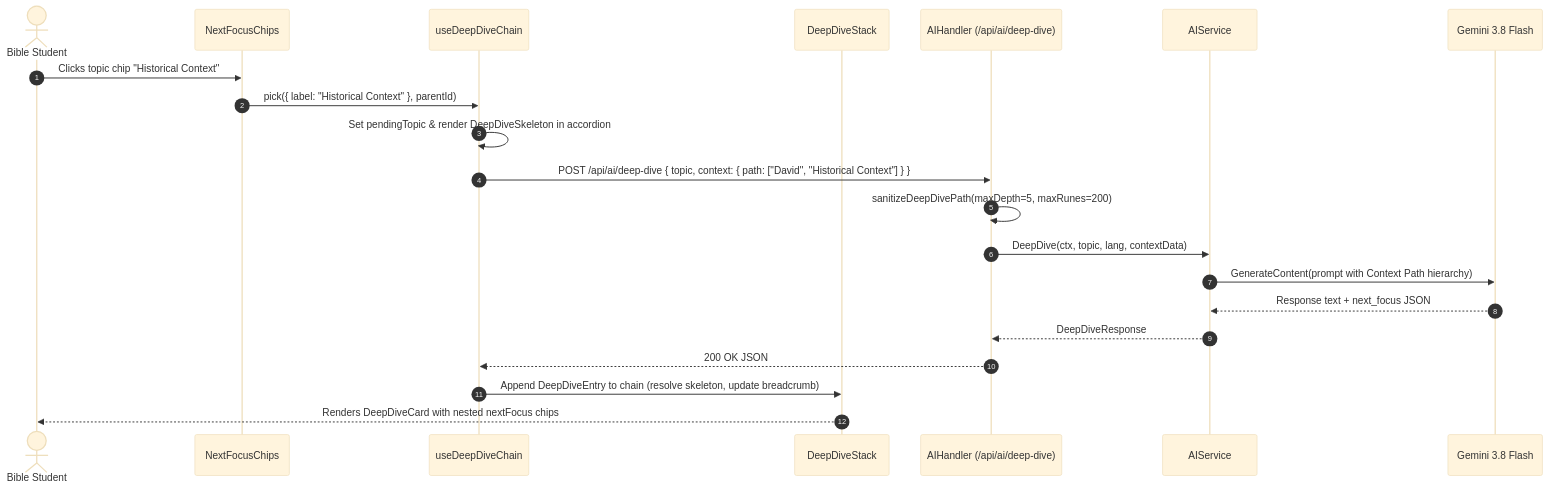
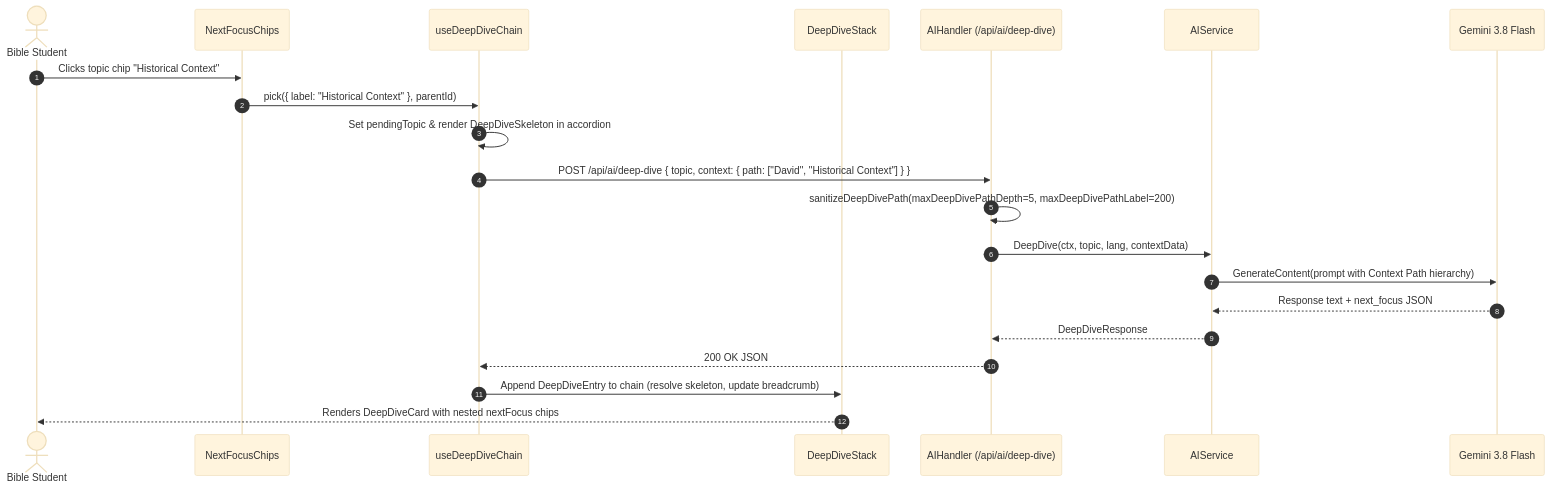
Before and after one commit to mvirtai/clible-v3-go: the first of 2 diagrams in pr_stories/118-feat-ai-deepening-chain-and-pending-feedback.md, drawn with Mermaid (base theme). The commit also changed other lines of this file and 7 other files, not shown here.

````diff
--- a/pr_stories/118-feat-ai-deepening-chain-and-pending-feedback.md
+++ b/pr_stories/118-feat-ai-deepening-chain-and-pending-feedback.md
@@ -37,24 +37,24 @@
 ```mermaid
 sequenceDiagram
     autonumber
     actor User as Bible Student
     participant Chips as NextFocusChips
     participant Hook as useDeepDiveChain
     participant Stack as DeepDiveStack
     participant API as AIHandler (/api/ai/deep-dive)
     participant Svc as AIService
     participant LLM as Gemini 3.8 Flash
 
     User->>Chips: Clicks topic chip "Historical Context"
     Chips->>Hook: pick({ label: "Historical Context" }, parentId)
     Hook->>Hook: Set pendingTopic & render DeepDiveSkeleton in accordion
     Hook->>API: POST /api/ai/deep-dive { topic, context: { path: ["David", "Historical Context"] } }
-    API->>API: sanitizeDeepDivePath(maxDepth=5, maxRunes=200)
+    API->>API: sanitizeDeepDivePath(maxDeepDivePathDepth=5, maxDeepDivePathLabel=200)
     API->>Svc: DeepDive(ctx, topic, lang, contextData)
     Svc->>LLM: GenerateContent(prompt with Context Path hierarchy)
     LLM-->>Svc: Response text + next_focus JSON
     Svc-->>API: DeepDiveResponse
     API-->>Hook: 200 OK JSON
     Hook->>Stack: Append DeepDiveEntry to chain (resolve skeleton, update breadcrumb)
     Stack-->>User: Renders DeepDiveCard with nested nextFocus chips
 ```
````
